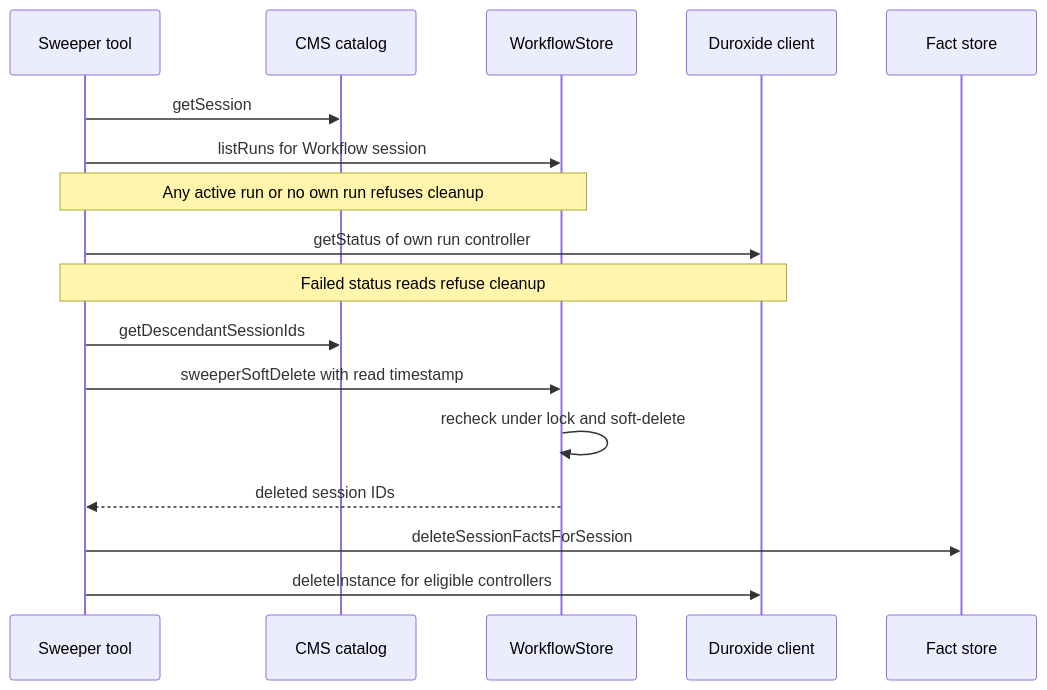
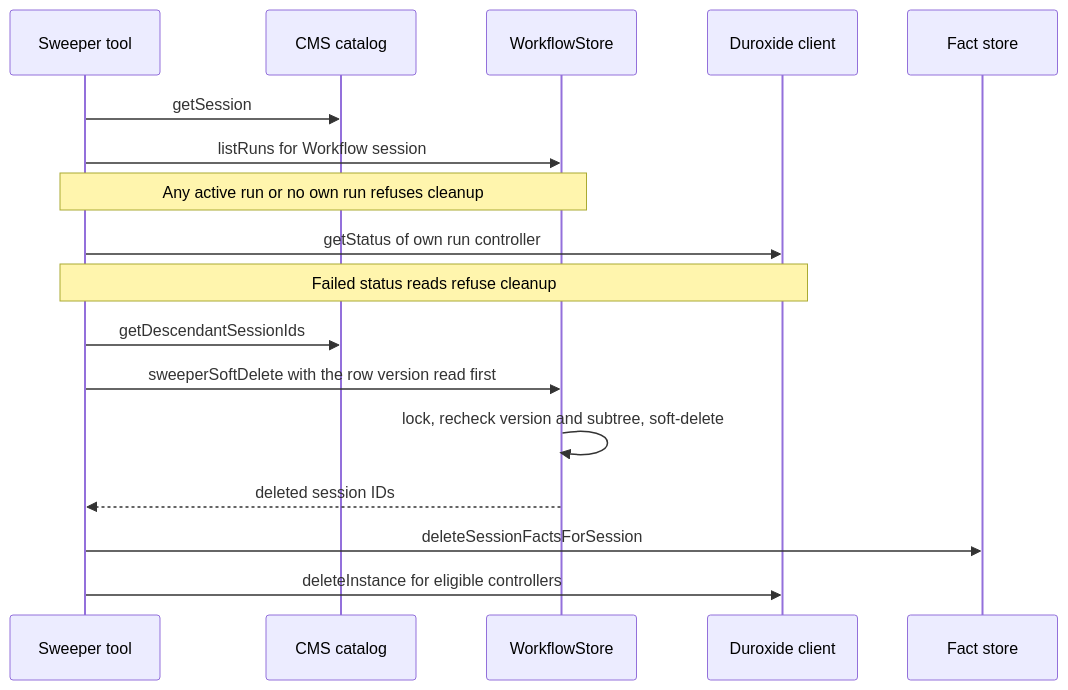
The sixth of 7 diagrams in docs/proposals/workflows/execution.md (microsoft/PilotSwarm), drawn with Mermaid before and after one commit. The commit also changed other lines of this file and 4 other files, not shown here.

````diff
--- a/docs/proposals/workflows/execution.md
+++ b/docs/proposals/workflows/execution.md
@@ -249,19 +249,19 @@
 ```mermaid
 sequenceDiagram
   participant Sweep as Sweeper tool
   participant Catalog as CMS catalog
   participant Store as WorkflowStore
   participant DX as Duroxide client
   participant Facts as Fact store
   Sweep->>Catalog: getSession
   Sweep->>Store: listRuns for Workflow session
   Note over Sweep,Store: Any active run or no own run refuses cleanup
   Sweep->>DX: getStatus of own run controller
   Note over Sweep,DX: Failed status reads refuse cleanup
   Sweep->>Catalog: getDescendantSessionIds
-  Sweep->>Store: sweeperSoftDelete with read timestamp
-  Store->>Store: recheck under lock and soft-delete
+  Sweep->>Store: sweeperSoftDelete with the row version read first
+  Store->>Store: lock, recheck version and subtree, soft-delete
   Store-->>Sweep: deleted session IDs
   Sweep->>Facts: deleteSessionFactsForSession
   Sweep->>DX: deleteInstance for eligible controllers
 ```
````
